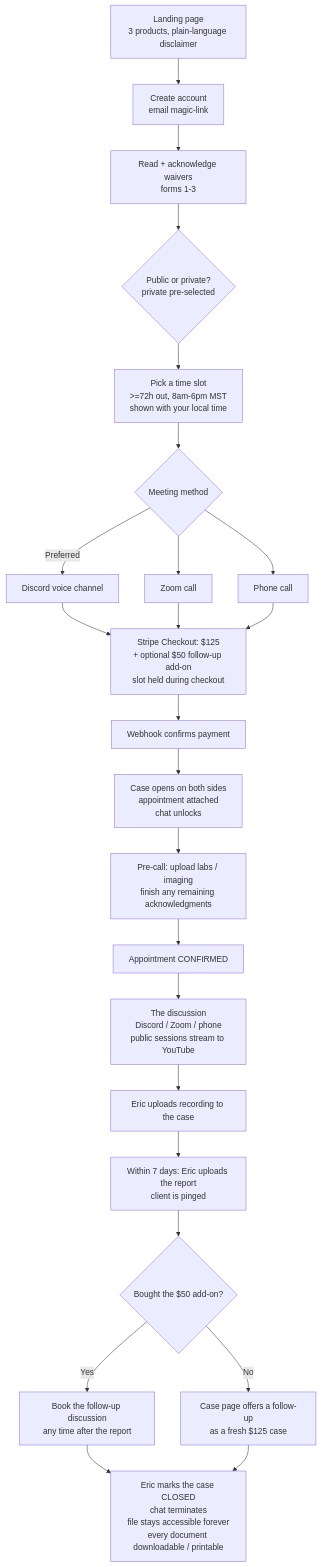
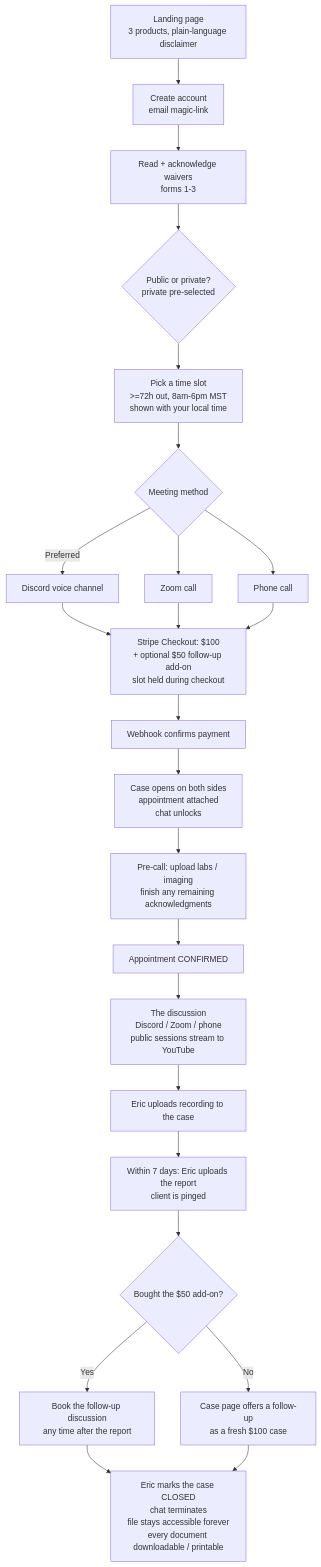
One commit to ebleach2010/Pocket-Advocate changed the diagram in SPEC.md. Above: the diagram before and after it, drawn with Mermaid. The commit also changed other lines of this file and 14 other files, not shown here.

````diff
--- a/SPEC.md
+++ b/SPEC.md
@@ -115,26 +115,26 @@
 ```mermaid
 flowchart TD
     L[Landing page\n3 products, plain-language disclaimer] --> ACct[Create account\nemail magic-link]
     ACct --> W[Read + acknowledge waivers\nforms 1-3]
     W --> PP{Public or private?\nprivate pre-selected}
     PP --> SLOT[Pick a time slot\n>=72h out, 8am-6pm MST\nshown with your local time]
     SLOT --> METHOD{Meeting method}
     METHOD -->|Preferred| DIS[Discord voice channel]
     METHOD --> ZOOM[Zoom call]
     METHOD --> PHONE[Phone call]
-    DIS --> PAY[Stripe Checkout: $125\n+ optional $50 follow-up add-on\nslot held during checkout]
+    DIS --> PAY[Stripe Checkout: $100\n+ optional $50 follow-up add-on\nslot held during checkout]
     ZOOM --> PAY
     PHONE --> PAY
     PAY --> HOOK[Webhook confirms payment]
     HOOK --> CASE[Case opens on both sides\nappointment attached\nchat unlocks]
     CASE --> PRE[Pre-call: upload labs / imaging\nfinish any remaining acknowledgments]
     PRE --> CONF[Appointment CONFIRMED]
     CONF --> CALL[The discussion\nDiscord / Zoom / phone\npublic sessions stream to YouTube]
     CALL --> REC[Eric uploads recording to the case]
     REC --> RPT[Within 7 days: Eric uploads the report\nclient is pinged]
     RPT --> FU{Bought the $50 add-on?}
     FU -->|Yes| FUCALL[Book the follow-up discussion\nany time after the report]
-    FU -->|No| OFFER[Case page offers a follow-up\nas a fresh $125 case]
+    FU -->|No| OFFER[Case page offers a follow-up\nas a fresh $100 case]
     FUCALL --> CLOSE
     OFFER --> CLOSE[Eric marks the case CLOSED\nchat terminates\nfile stays accessible forever\nevery document downloadable / printable]
 ```
````
